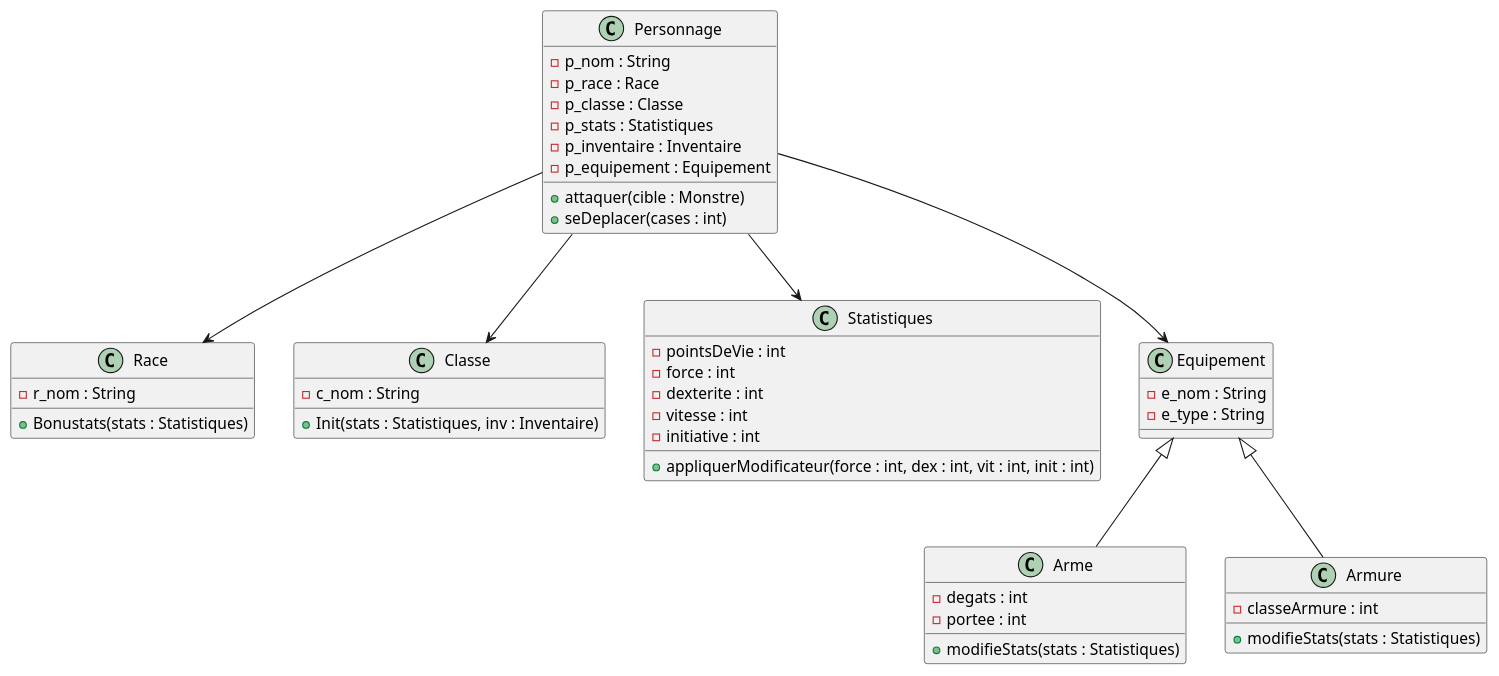
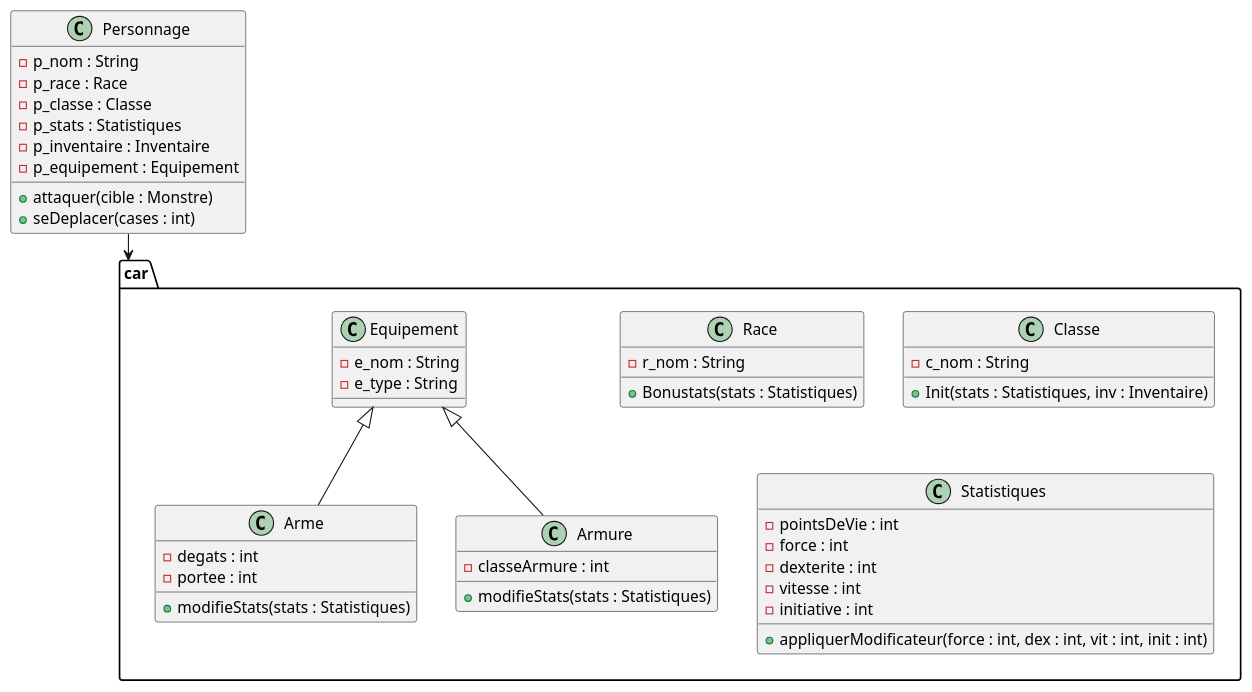
The diagram in uml/DD.puml (Igrekop/Donjons-Dragons---Java), drawn with PlantUML before and after one commit. The commit also changed 6 other files, not shown here.

Commit message:
Création de différente classe pour Personnage + UML V0.2

```diff
--- a/uml/DD.puml
+++ b/uml/DD.puml
@@ -4,69 +4,68 @@
 @startuml 'https://plantuml.com/sequence-diagram'
 
 
 
 class Personnage{
     - p_nom : String
     - p_race : Race
     - p_classe : Classe
     - p_stats : Statistiques
     - p_inventaire : Inventaire
     - p_equipement : Equipement
     + attaquer(cible : Monstre)
     + seDeplacer(cases : int)
 }
 
-
+package car {
 class Race {
     - r_nom : String
     + Bonustats(stats : Statistiques)  
 }
 
 class Classe {
     - c_nom : String
     + Init(stats : Statistiques, inv : Inventaire)
 }
 
 class Statistiques {
   - pointsDeVie : int
   - force : int
   - dexterite : int
   - vitesse : int
   - initiative : int
   + appliquerModificateur(force : int, dex : int, vit : int, init : int)
 }
 
 class Equipement {
     - e_nom : String
     - e_type : String
 }
 
 
 class Arme {
     - degats : int
     - portee : int
     + modifieStats(stats : Statistiques)
 }
 
 class Armure {
     - classeArmure : int
     +modifieStats(stats : Statistiques)
 }
 
+}
 
 
-Personnage --> Race
-Personnage --> Classe
-Personnage --> Statistiques
-Personnage --> Equipement
+
+Personnage --> car
 
 Equipement <|-- Arme
 Equipement <|-- Armure
 
 
 
 
 
 
 
 @enduml
```
